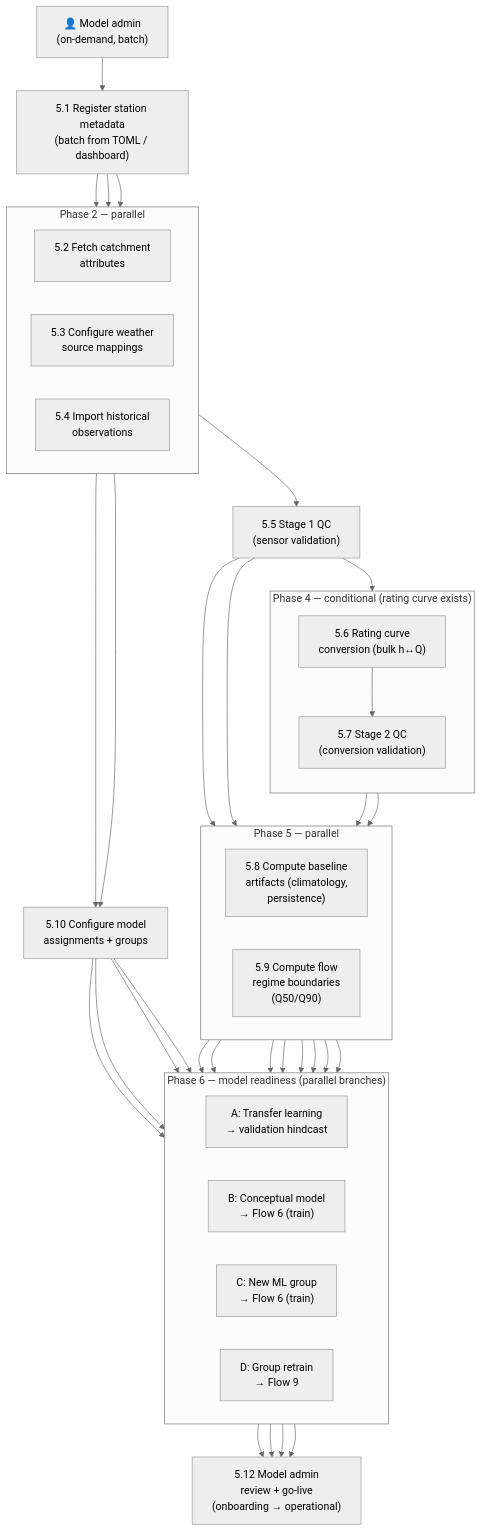
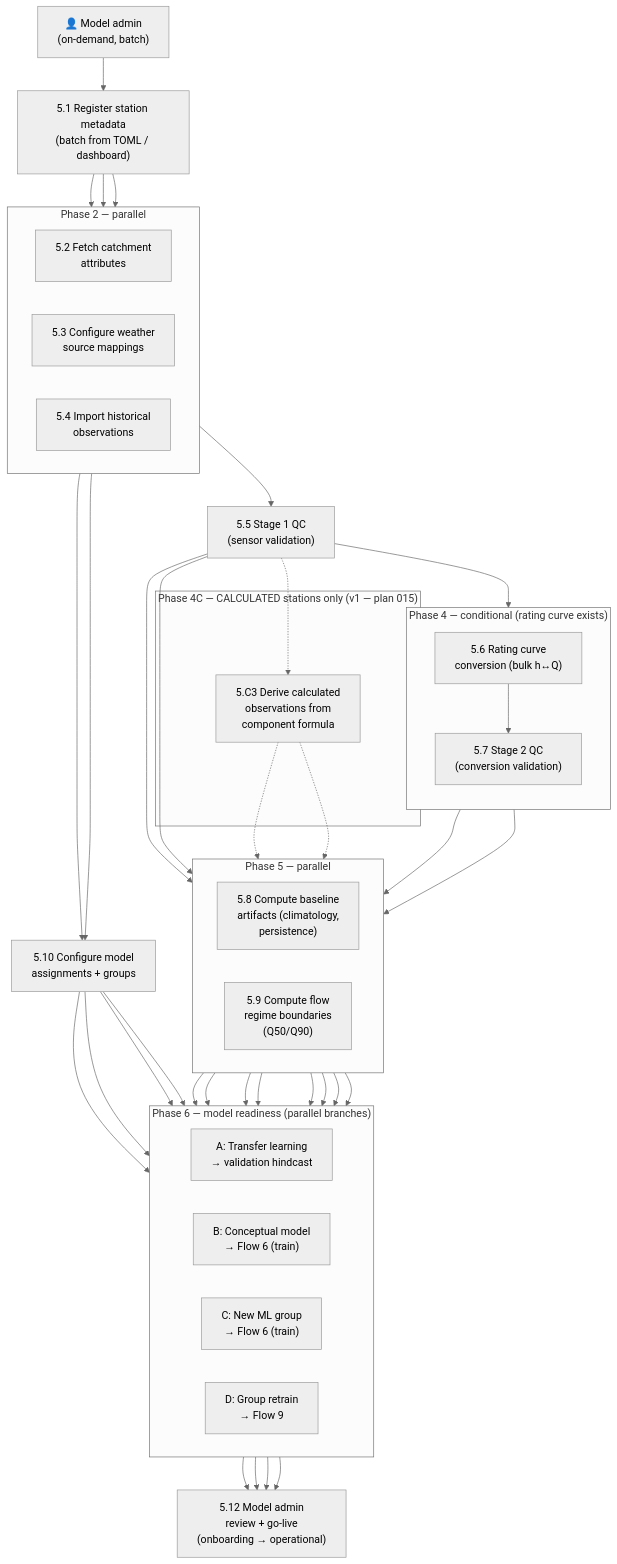
Before and after one commit to hydrosolutions/SAPPHIRE_flow: the fifth of 11 diagrams in docs/architecture-context.md, drawn with Mermaid (neutral theme). The commit also changed other lines of this file and 2 other files, not shown here.

First line of the commit message:
docs: apply plan 015 prescribed updates to architecture-context.md

````diff
--- a/docs/architecture-context.md
+++ b/docs/architecture-context.md
@@ -705,69 +710,76 @@
 ```mermaid
 flowchart TD
     trigger["👤 Model admin<br/>(on-demand, batch)"]
 
     s5_1["5.1 Register station metadata<br/>(batch from TOML / dashboard)"]
 
     subgraph Phase2 ["Phase 2 — parallel"]
         direction LR
         s5_2["5.2 Fetch catchment<br/>attributes"]
         s5_3["5.3 Configure weather<br/>source mappings"]
         s5_4["5.4 Import historical<br/>observations"]
     end
 
     s5_5["5.5 Stage 1 QC<br/>(sensor validation)"]
 
     subgraph Phase4 ["Phase 4 — conditional (rating curve exists)"]
         direction TB
         s5_6["5.6 Rating curve<br/>conversion (bulk h↔Q)"]
         s5_7["5.7 Stage 2 QC<br/>(conversion validation)"]
         s5_6 --> s5_7
+    end
+
+    subgraph Phase4C ["Phase 4C — CALCULATED stations only (v1 — plan 015)"]
+        s5_C3["5.C3 Derive calculated<br/>observations from<br/>component formula"]
     end
 
     subgraph Phase5 ["Phase 5 — parallel"]
         direction LR
         s5_8["5.8 Compute baseline<br/>artifacts (climatology,<br/>persistence)"]
         s5_9["5.9 Compute flow<br/>regime boundaries<br/>(Q50/Q90)"]
     end
 
     s5_10["5.10 Configure model<br/>assignments + groups"]
 
     subgraph Phase6 ["Phase 6 — model readiness (parallel branches)"]
         direction LR
         brA["A: Transfer learning<br/>→ validation hindcast"]
         brB["B: Conceptual model<br/>→ Flow 6 (train)"]
         brC["C: New ML group<br/>→ Flow 6 (train)"]
         brD["D: Group retrain<br/>→ Flow 9"]
     end
 
     s5_12["5.12 Model admin<br/>review + go-live<br/>(onboarding → operational)"]
 
     trigger --> s5_1
     s5_1 --> s5_2
     s5_1 --> s5_3
     s5_1 --> s5_4
     s5_4 --> s5_5
     s5_5 --> s5_6
     s5_5 --> s5_8
     s5_5 --> s5_9
     s5_7 --> s5_8
     s5_7 --> s5_9
+    s5_5 -.-> s5_C3
+    s5_C3 -.-> s5_8
+    s5_C3 -.-> s5_9
     s5_2 --> s5_10
     s5_3 --> s5_10
     s5_10 --> brA
     s5_10 --> brB
     s5_10 --> brC
     s5_10 --> brD
     s5_8 --> brA
     s5_8 --> brB
     s5_8 --> brC
     s5_8 --> brD
     s5_9 --> brA
     s5_9 --> brB
     s5_9 --> brC
     s5_9 --> brD
     brA --> s5_12
     brB --> s5_12
     brC --> s5_12
     brD --> s5_12
 ```
````
